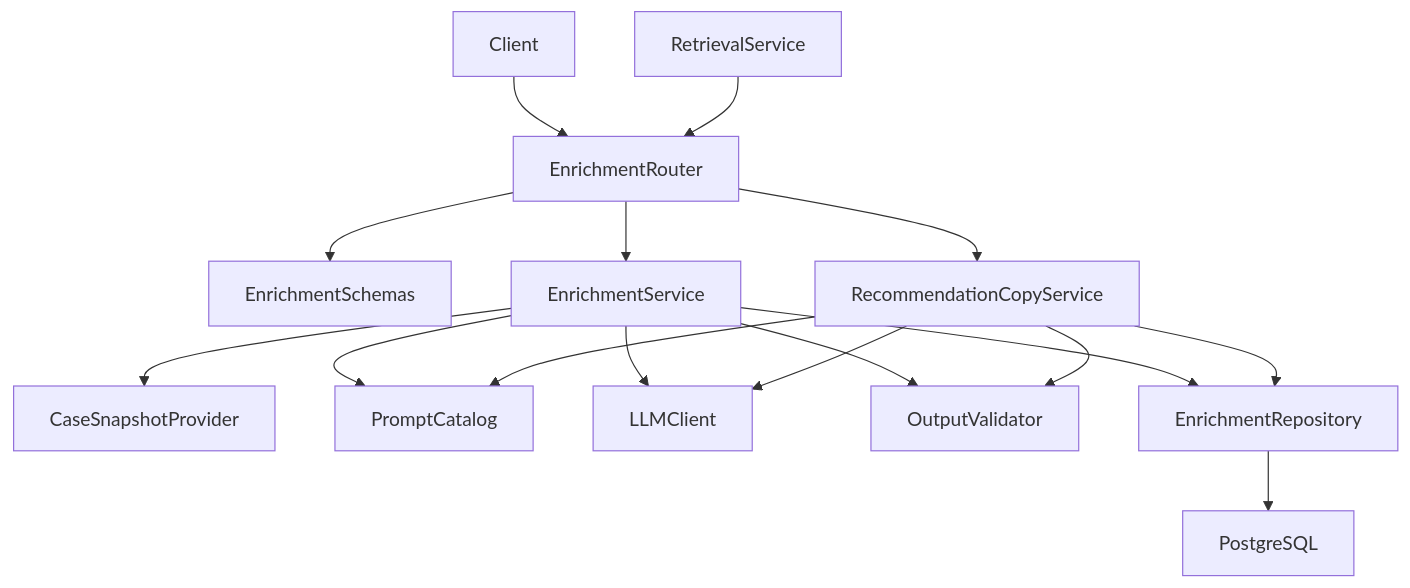
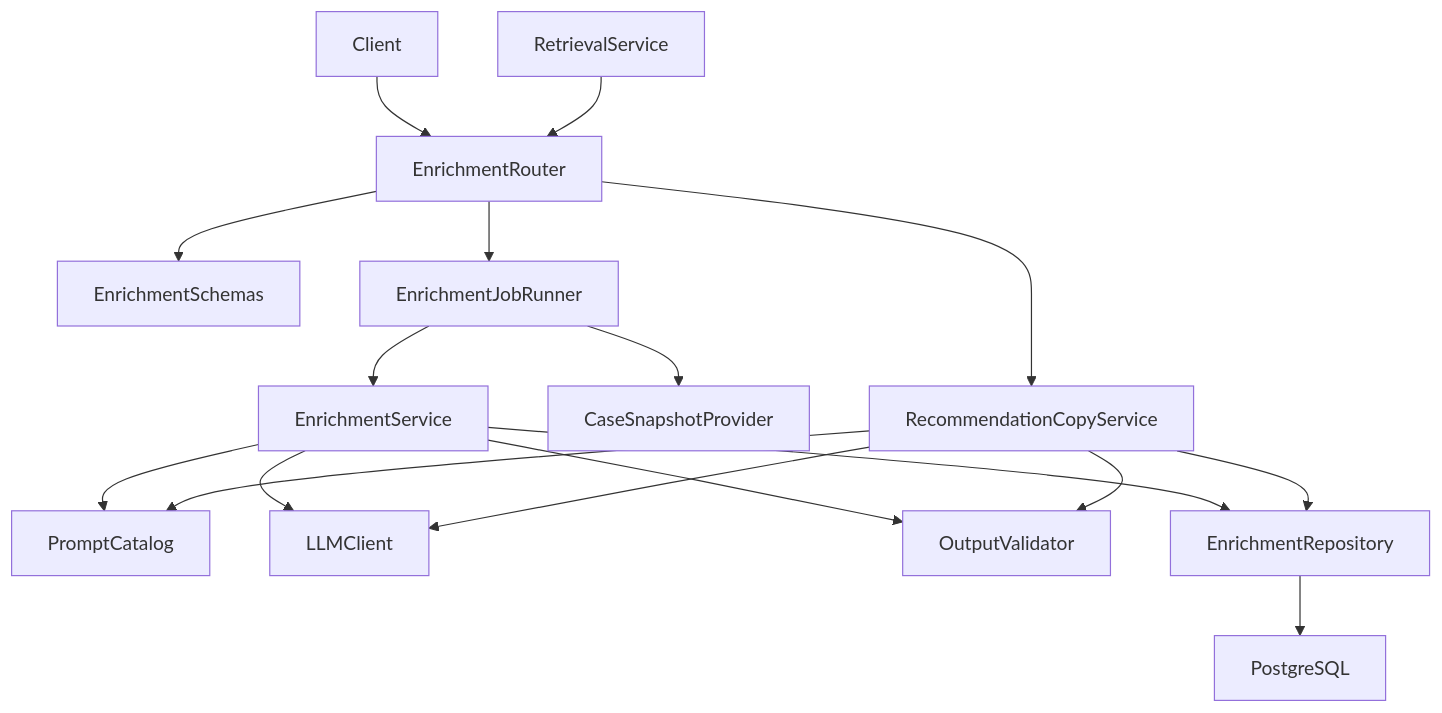
The first of 5 diagrams in .kiro/specs/llm-case-enrichment/design.md (aierdong/a3-cbr), drawn with Mermaid before and after one commit. The commit also changed other lines of this file and 41 other files, not shown here.

````diff
--- a/.kiro/specs/llm-case-enrichment/design.md
+++ b/.kiro/specs/llm-case-enrichment/design.md
@@ -72,18 +92,19 @@
 ```mermaid
 flowchart TB
     Client[Client] --> Router[EnrichmentRouter]
     Retrieval[RetrievalService] --> Router
     Router --> Schemas[EnrichmentSchemas]
-    Router --> Service[EnrichmentService]
+    Router --> JobRunner[EnrichmentJobRunner]
     Router --> CopyService[RecommendationCopyService]
-    Service --> CaseProvider[CaseSnapshotProvider]
+    JobRunner --> CaseProvider[CaseSnapshotProvider]
+    JobRunner --> Service[EnrichmentService]
     Service --> PromptCatalog[PromptCatalog]
     Service --> LLMClient[LLMClient]
     Service --> Validator[OutputValidator]
     Service --> Repository[EnrichmentRepository]
     CopyService --> PromptCatalog
     CopyService --> LLMClient
     CopyService --> Validator
     CopyService --> Repository
     Repository --> Database[PostgreSQL]
 ```
````
